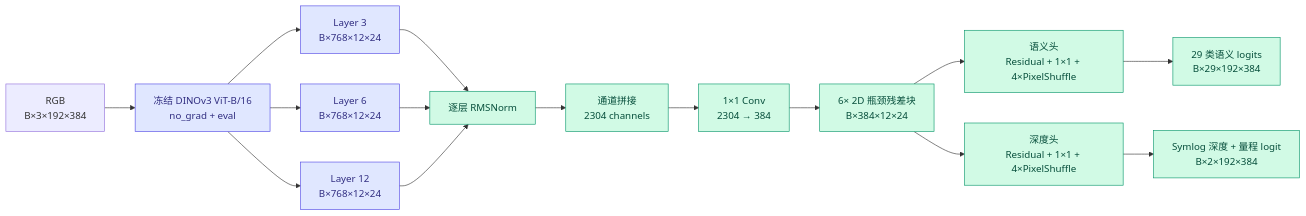
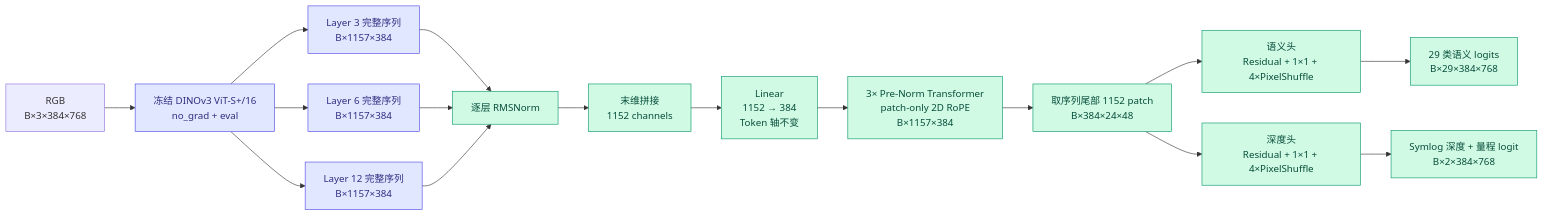
One commit to ByteDriveTeam/ByteDrive-Toy changed the third of 9 diagrams in README.md. Above: the diagram before and after it, drawn with Mermaid. The commit also changed other lines of this file and 44 other files, not shown here.

````diff
--- a/README.md
+++ b/README.md
@@ -203,24 +206,25 @@
 ```mermaid
 flowchart LR
-    RGB["RGB<br/>B×3×192×384"] --> DINO["冻结 DINOv3 ViT-B/16<br/>no_grad + eval"]
-    DINO --> L3["Layer 3<br/>B×768×12×24"]
-    DINO --> L6["Layer 6<br/>B×768×12×24"]
-    DINO --> L12["Layer 12<br/>B×768×12×24"]
+    RGB["RGB<br/>B×3×384×768"] --> DINO["冻结 DINOv3 ViT-S+/16<br/>no_grad + eval"]
+    DINO --> L3["Layer 3 完整序列<br/>B×1157×384"]
+    DINO --> L6["Layer 6 完整序列<br/>B×1157×384"]
+    DINO --> L12["Layer 12 完整序列<br/>B×1157×384"]
 
     L3 --> NORM["逐层 RMSNorm"]
     L6 --> NORM
     L12 --> NORM
-    NORM --> CAT["通道拼接<br/>2304 channels"]
-    CAT --> FUSE["1×1 Conv<br/>2304 → 384"]
-    FUSE --> TRUNK["6× 2D 瓶颈残差块<br/>B×384×12×24"]
+    NORM --> CAT["末维拼接<br/>1152 channels"]
+    CAT --> FUSE["Linear<br/>1152 → 384<br/>Token 轴不变"]
+    FUSE --> TRUNK["3× Pre-Norm Transformer<br/>patch-only 2D RoPE<br/>B×1157×384"]
+    TRUNK --> PATCH["取序列尾部 1152 patch<br/>B×384×24×48"]
 
-    TRUNK --> SH["语义头<br/>Residual + 1×1 + 4×PixelShuffle"]
-    TRUNK --> DH["深度头<br/>Residual + 1×1 + 4×PixelShuffle"]
-    SH --> SEG["29 类语义 logits<br/>B×29×192×384"]
-    DH --> DEPTH["Symlog 深度 + 量程 logit<br/>B×2×192×384"]
+    PATCH --> SH["语义头<br/>Residual + 1×1 + 4×PixelShuffle"]
+    PATCH --> DH["深度头<br/>Residual + 1×1 + 4×PixelShuffle"]
+    SH --> SEG["29 类语义 logits<br/>B×29×384×768"]
+    DH --> DEPTH["Symlog 深度 + 量程 logit<br/>B×2×384×768"]
 
     classDef frozen fill:#e0e7ff,stroke:#4f46e5,color:#312e81;
     classDef trainable fill:#d1fae5,stroke:#059669,color:#064e3b;
     class DINO,L3,L6,L12 frozen;
-    class NORM,CAT,FUSE,TRUNK,SH,DH,SEG,DEPTH trainable;
+    class NORM,CAT,FUSE,TRUNK,PATCH,SH,DH,SEG,DEPTH trainable;
 ```
````
